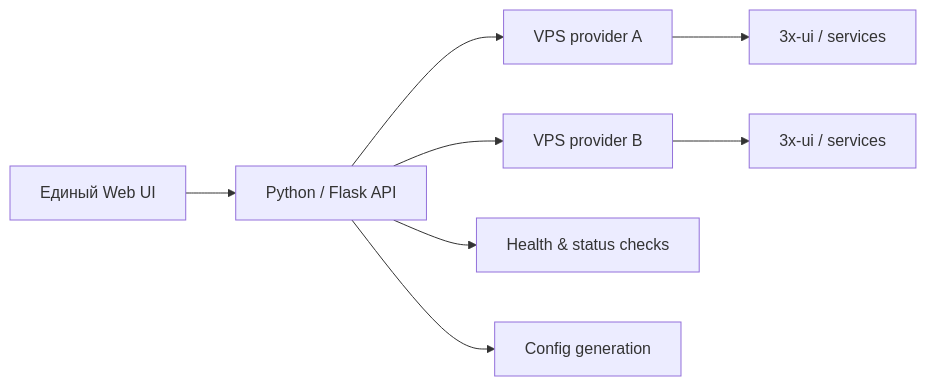
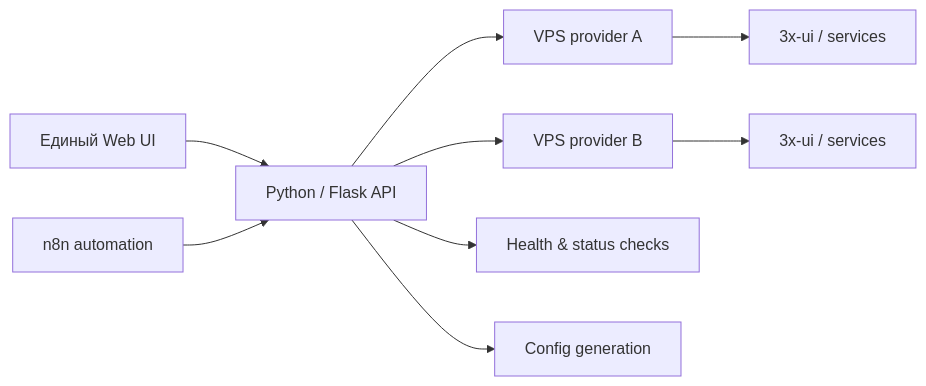
One commit to AndrMiAl/engineering-portfolio changed the diagram in docs/unified-vps-panel.md. Above: the diagram before and after it, drawn with Mermaid. The commit also changed other lines of this file and 2 other files, not shown here.

````diff
--- a/docs/unified-vps-panel.md
+++ b/docs/unified-vps-panel.md
@@ -21,10 +22,11 @@
 ```mermaid
 flowchart LR
     UI[Единый Web UI] --> API[Python / Flask API]
+    N[n8n automation] --> API
     API --> A[VPS provider A]
     API --> B[VPS provider B]
     A --> XA[3x-ui / services]
     B --> XB[3x-ui / services]
     API --> H[Health & status checks]
     API --> C[Config generation]
 ```
````
